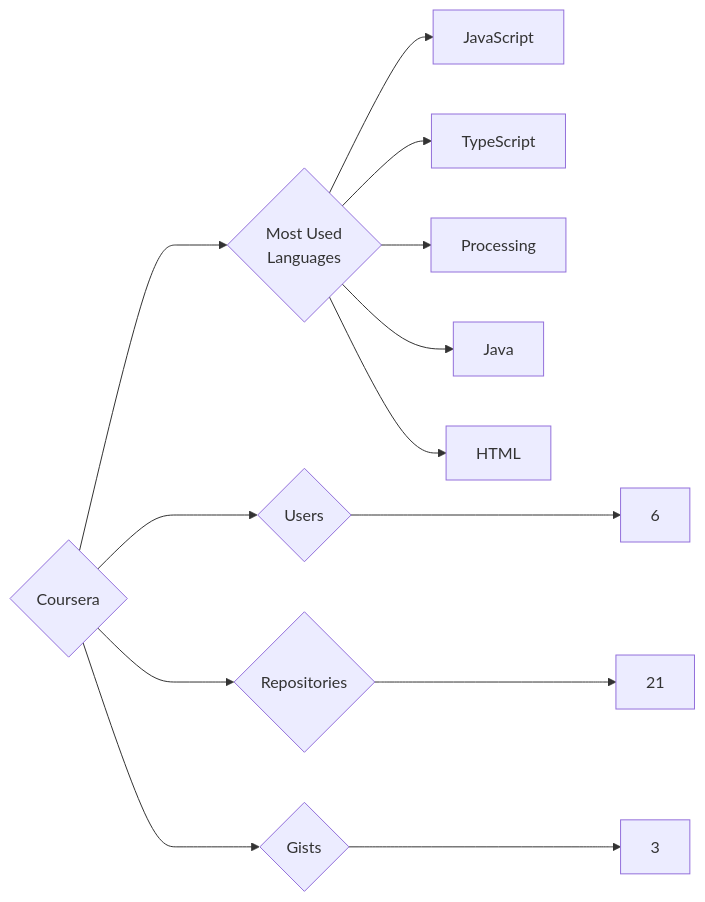
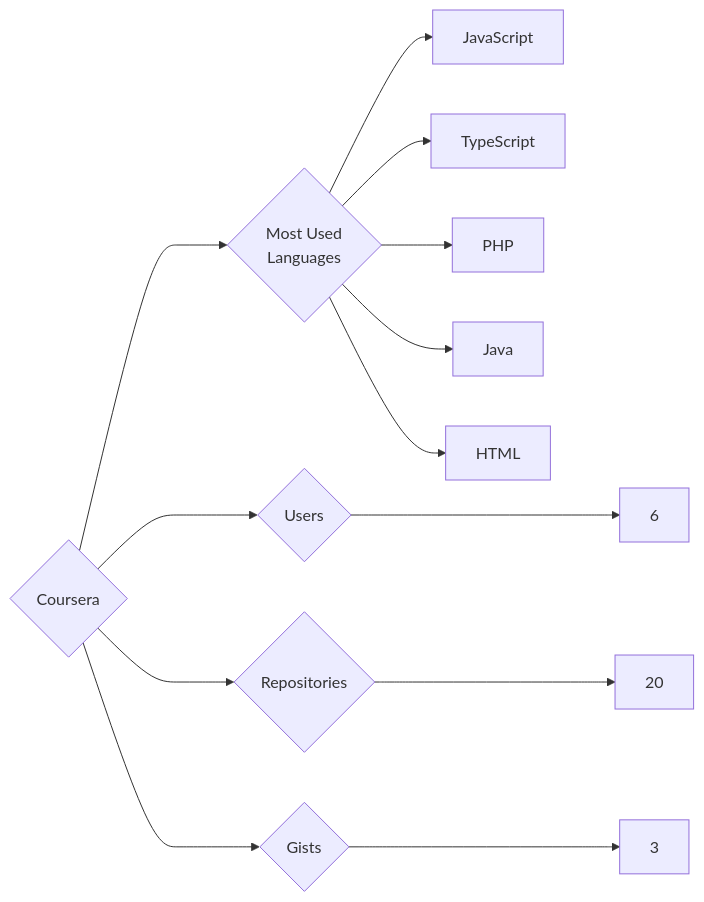
The diagram in targets/Coursera/README.md (trickest/insiders), drawn with Mermaid before and after one commit. The commit also changed 1120 other files, not shown here.

````diff
--- a/targets/Coursera/README.md
+++ b/targets/Coursera/README.md
@@ -3,13 +3,13 @@
 ```mermaid
 graph LR
 COMPANY_NAME{Coursera}
 COMPANY_NAME ---> U{Users} ---> UN[6]
-COMPANY_NAME ---> R{Repositories} ---> RN[21]
+COMPANY_NAME ---> R{Repositories} ---> RN[20]
 COMPANY_NAME ---> G{Gists} ---> GN[3]
 COMPANY_NAME ---> ML{Most Used<br>Languages}
 ML --> JavaScript[JavaScript]
 ML --> TypeScript[TypeScript]
-ML --> Processing[Processing]
+ML --> PHP[PHP]
 ML --> Java[Java]
 ML --> HTML[HTML]
 ```
````
